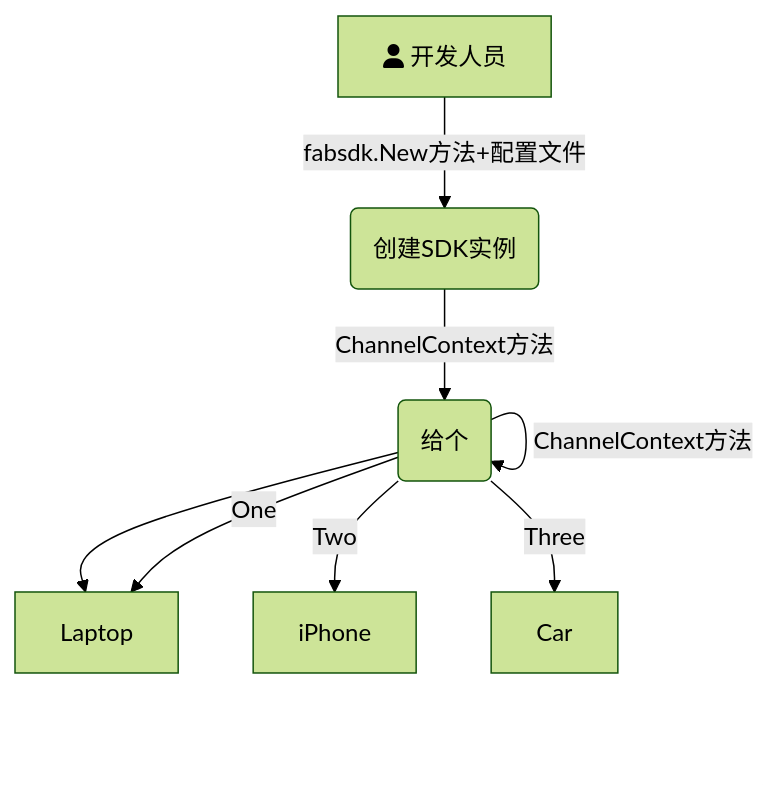
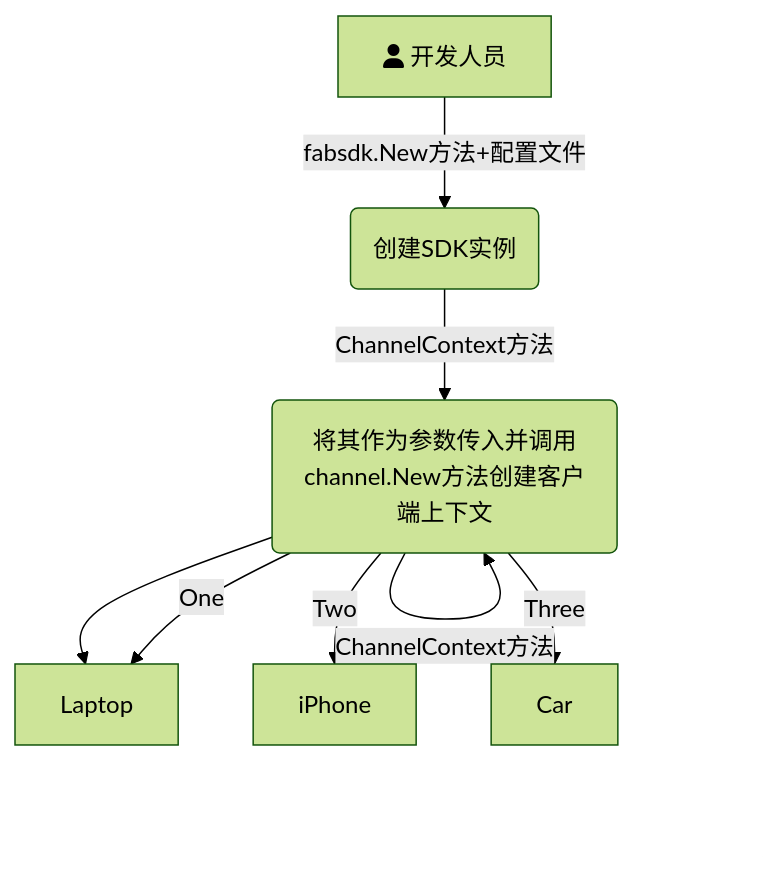
Before and after one commit to Utekichan/iodraw-files: the diagram in all/未命名.md, drawn with Mermaid (forest theme).

Commit message:
2024-03-30 22:15:17 update

````diff
--- a/all/未命名.md
+++ b/all/未命名.md
@@ -1,11 +1,11 @@
 ```mermaid
 graph TD
     A[fa:fa-user 开发人员] -->|fabsdk.New方法+配置文件| B(创建SDK实例)
     B-->|ChannelContext方法| C(创建客户端上下文)
-    C-->|ChannelContext方法| C(给个)
+    C-->|ChannelContext方法| C(将其作为参数传入并调用channel.New方法创建客户端上下文)
     C --> D{Select}
     C -->|One| D[Laptop]
     C -->|Two| E[iPhone]
     C -->|Three| F[Car]
   
 ```
````
